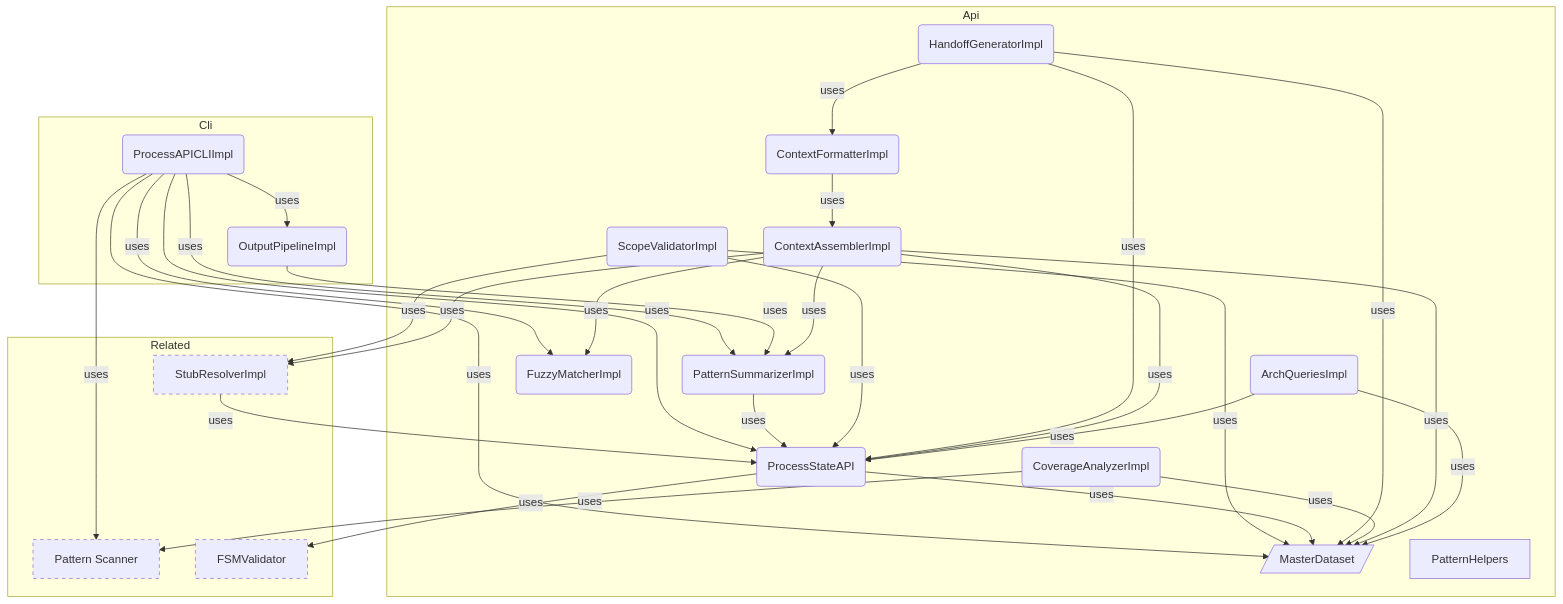
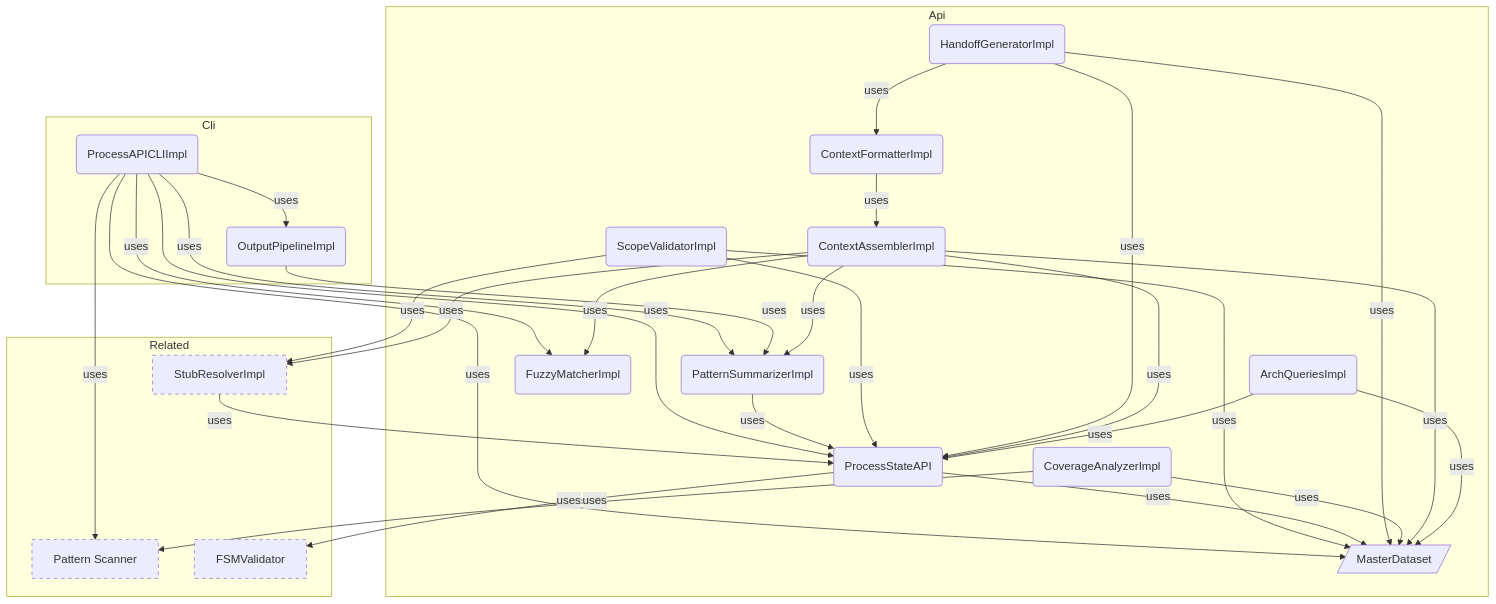
Before and after one commit to libar-dev/architect: the diagram in docs-live/product-areas/DATA-API.md, drawn with Mermaid. The commit also changed 90 other files, not shown here.

````diff
--- a/docs-live/product-areas/DATA-API.md
+++ b/docs-live/product-areas/DATA-API.md
@@ -22,53 +22,52 @@
 ```mermaid
 graph TB
     subgraph api["Api"]
         MasterDataset[/"MasterDataset"/]
         PatternSummarizerImpl("PatternSummarizerImpl")
         ScopeValidatorImpl("ScopeValidatorImpl")
         ProcessStateAPI("ProcessStateAPI")
-        PatternHelpers["PatternHelpers"]
         HandoffGeneratorImpl("HandoffGeneratorImpl")
         FuzzyMatcherImpl("FuzzyMatcherImpl")
         CoverageAnalyzerImpl("CoverageAnalyzerImpl")
         ContextFormatterImpl("ContextFormatterImpl")
         ContextAssemblerImpl("ContextAssemblerImpl")
         ArchQueriesImpl("ArchQueriesImpl")
     end
     subgraph cli["Cli"]
         ProcessAPICLIImpl("ProcessAPICLIImpl")
         OutputPipelineImpl("OutputPipelineImpl")
     end
     subgraph related["Related"]
         Pattern_Scanner["Pattern Scanner"]:::neighbor
         StubResolverImpl["StubResolverImpl"]:::neighbor
         FSMValidator["FSMValidator"]:::neighbor
     end
     ProcessAPICLIImpl -->|uses| ProcessStateAPI
     ProcessAPICLIImpl -->|uses| MasterDataset
     ProcessAPICLIImpl -->|uses| Pattern_Scanner
     ProcessAPICLIImpl -->|uses| PatternSummarizerImpl
     ProcessAPICLIImpl -->|uses| FuzzyMatcherImpl
     ProcessAPICLIImpl -->|uses| OutputPipelineImpl
     OutputPipelineImpl -->|uses| PatternSummarizerImpl
     PatternSummarizerImpl -->|uses| ProcessStateAPI
     ScopeValidatorImpl -->|uses| ProcessStateAPI
     ScopeValidatorImpl -->|uses| MasterDataset
     ScopeValidatorImpl -->|uses| StubResolverImpl
     ProcessStateAPI -->|uses| MasterDataset
     ProcessStateAPI -->|uses| FSMValidator
     HandoffGeneratorImpl -->|uses| ProcessStateAPI
     HandoffGeneratorImpl -->|uses| MasterDataset
     HandoffGeneratorImpl -->|uses| ContextFormatterImpl
     CoverageAnalyzerImpl -->|uses| Pattern_Scanner
     CoverageAnalyzerImpl -->|uses| MasterDataset
     ContextFormatterImpl -->|uses| ContextAssemblerImpl
     ContextAssemblerImpl -->|uses| ProcessStateAPI
     ContextAssemblerImpl -->|uses| MasterDataset
     ContextAssemblerImpl -->|uses| PatternSummarizerImpl
     ContextAssemblerImpl -->|uses| FuzzyMatcherImpl
     ContextAssemblerImpl -->|uses| StubResolverImpl
     ArchQueriesImpl -->|uses| ProcessStateAPI
     ArchQueriesImpl -->|uses| MasterDataset
     StubResolverImpl -->|uses| ProcessStateAPI
     classDef neighbor stroke-dasharray: 5 5
 ```
````
